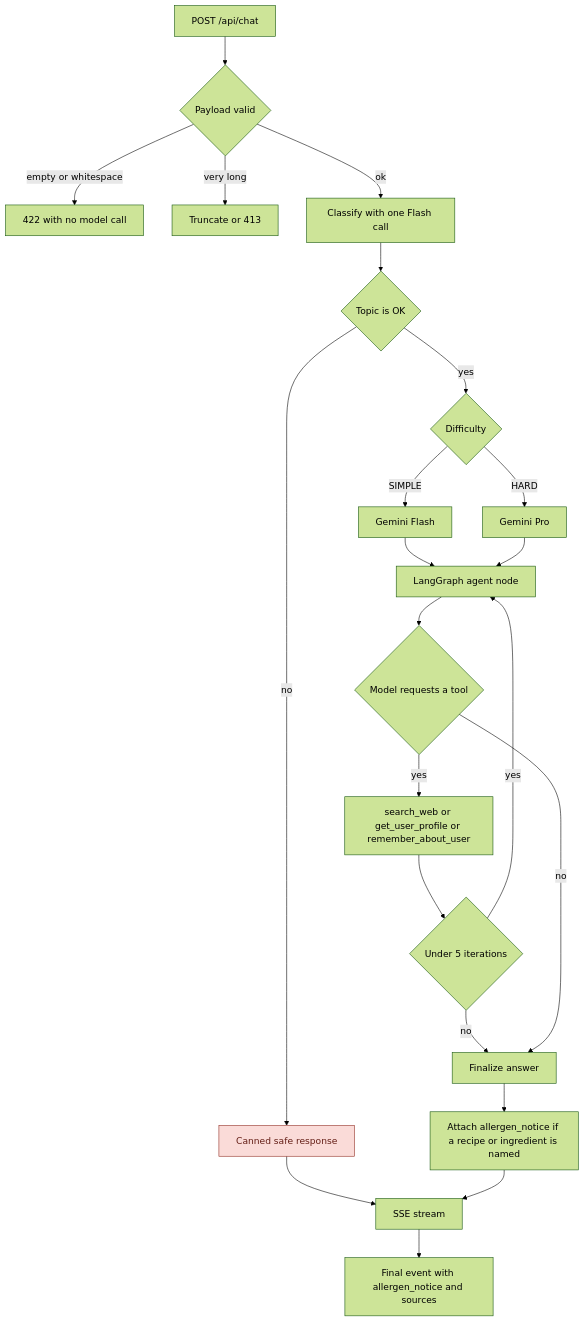
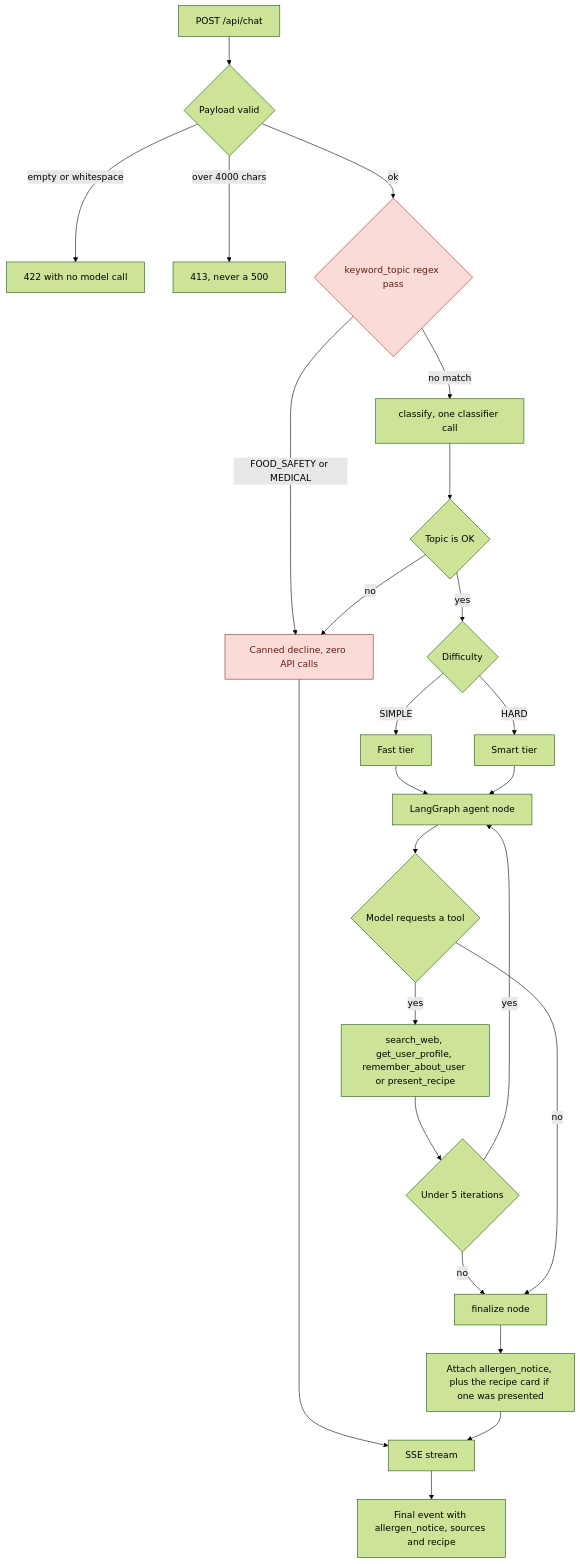
Before and after one commit to MuradAles/PantryPal: the second of 6 diagrams in docs/ARCHITECTURE.md, drawn with Mermaid (forest theme). The commit also changed other lines of this file and 11 other files, not shown here.

Commit message:
Model fallback, docs drift audit, and the final documentation pass

````diff
--- a/docs/ARCHITECTURE.md
+++ b/docs/ARCHITECTURE.md
@@ -39,31 +41,34 @@
 ```mermaid
 flowchart TD
     A[POST /api/chat] --> V{Payload valid}
     V -->|empty or whitespace| R422[422 with no model call]
-    V -->|very long| R413[Truncate or 413]
-    V -->|ok| C[Classify with one Flash call]
+    V -->|over 4000 chars| R413[413, never a 500]
+    V -->|ok| KW{keyword_topic regex pass}
+
+    KW -->|FOOD_SAFETY or MEDICAL| BLK[Canned decline, zero API calls]
+    KW -->|no match| C[classify, one classifier call]
     C --> CT{Topic is OK}
 
-    CT -->|no| BLK[Canned safe response]
+    CT -->|no| BLK
     BLK --> STR[SSE stream]
 
     CT -->|yes| D{Difficulty}
-    D -->|SIMPLE| FL[Gemini Flash]
-    D -->|HARD| PR[Gemini Pro]
+    D -->|SIMPLE| FL[Fast tier]
+    D -->|HARD| PR[Smart tier]
     FL --> AG[LangGraph agent node]
     PR --> AG
 
     AG --> TC{Model requests a tool}
-    TC -->|yes| TL[search_web or get_user_profile or remember_about_user]
+    TC -->|yes| TL[search_web, get_user_profile, remember_about_user or present_recipe]
     TL --> IT{Under 5 iterations}
     IT -->|yes| AG
-    IT -->|no| FIN[Finalize answer]
+    IT -->|no| FIN[finalize node]
     TC -->|no| FIN
 
-    FIN --> AN[Attach allergen_notice if a recipe or ingredient is named]
+    FIN --> AN[Attach allergen_notice, plus the recipe card if one was presented]
     AN --> STR
-    STR --> EV[Final event with allergen_notice and sources]
+    STR --> EV[Final event with allergen_notice, sources and recipe]
 
     classDef blocked fill:#fadbd8,stroke:#922b21,color:#641e16
-    class BLK blocked
+    class KW,BLK blocked
 ```
````
